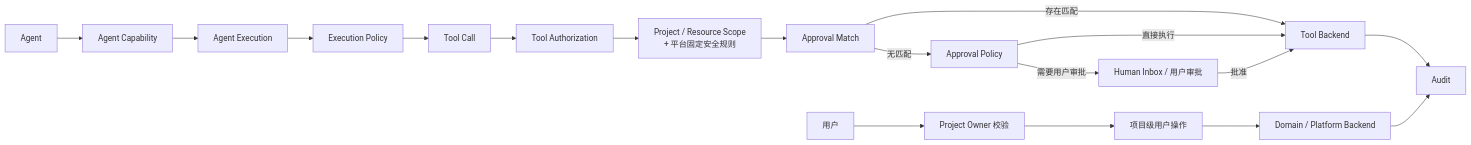
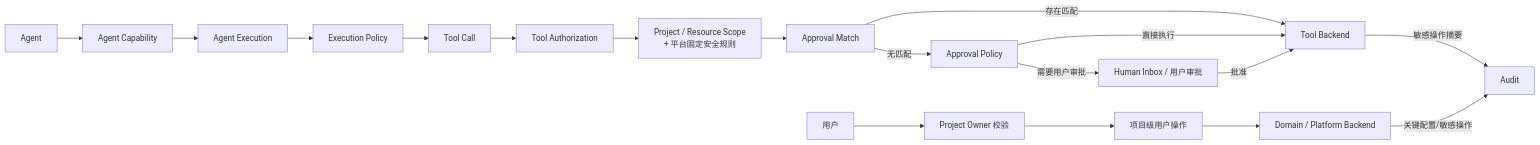
Before and after one commit to LunaDeerTech/agenteam: the first of 5 diagrams in docs/architecture/security-governance/README.md, drawn with Mermaid. The commit also changed other lines of this file and 86 other files, not shown here.

```diff
--- a/docs/architecture/security-governance/README.md
+++ b/docs/architecture/security-governance/README.md
@@ -13,25 +13,25 @@
 ~~~mermaid
 flowchart LR
     User["用户"] --> Ownership["Project Owner 校验"]
     Ownership --> UserAction["项目级用户操作"]
     UserAction --> UserBackend["Domain / Platform Backend"]
 
     Agent["Agent"] --> Capability["Agent Capability"]
     Capability --> Execution["Agent Execution"]
     Execution --> Policy["Execution Policy"]
     Policy --> ToolCall["Tool Call"]
 
     ToolCall --> Auth["Tool Authorization"]
     Auth --> Resource["Project / Resource Scope<br/>+ 平台固定安全规则"]
     Resource --> Approval["Approval Match"]
 
     Approval -->|"存在匹配"| Execute["Tool Backend"]
     Approval -->|"无匹配"| ApprovalPolicy["Approval Policy"]
 
     ApprovalPolicy -->|"直接执行"| Execute
     ApprovalPolicy -->|"需要用户审批"| Human["Human Inbox / 用户审批"]
     Human -->|"批准"| Execute
 
-    Execute --> Audit["Audit"]
-    UserBackend --> Audit
+    Execute -->|"敏感操作摘要"| Audit["Audit"]
+    UserBackend -->|"关键配置/敏感操作"| Audit
 ~~~
```
